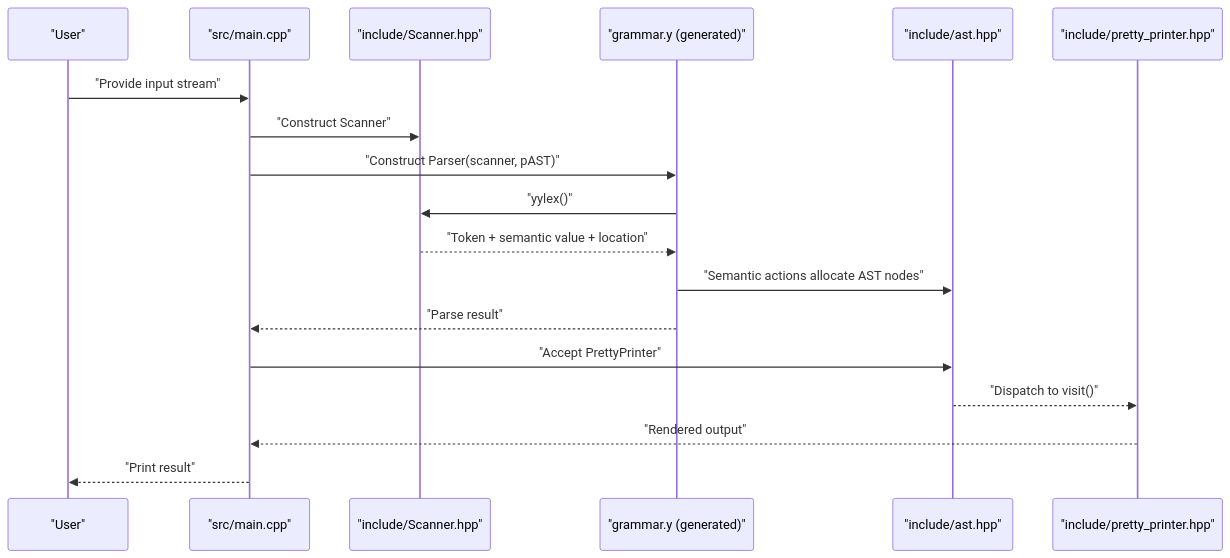
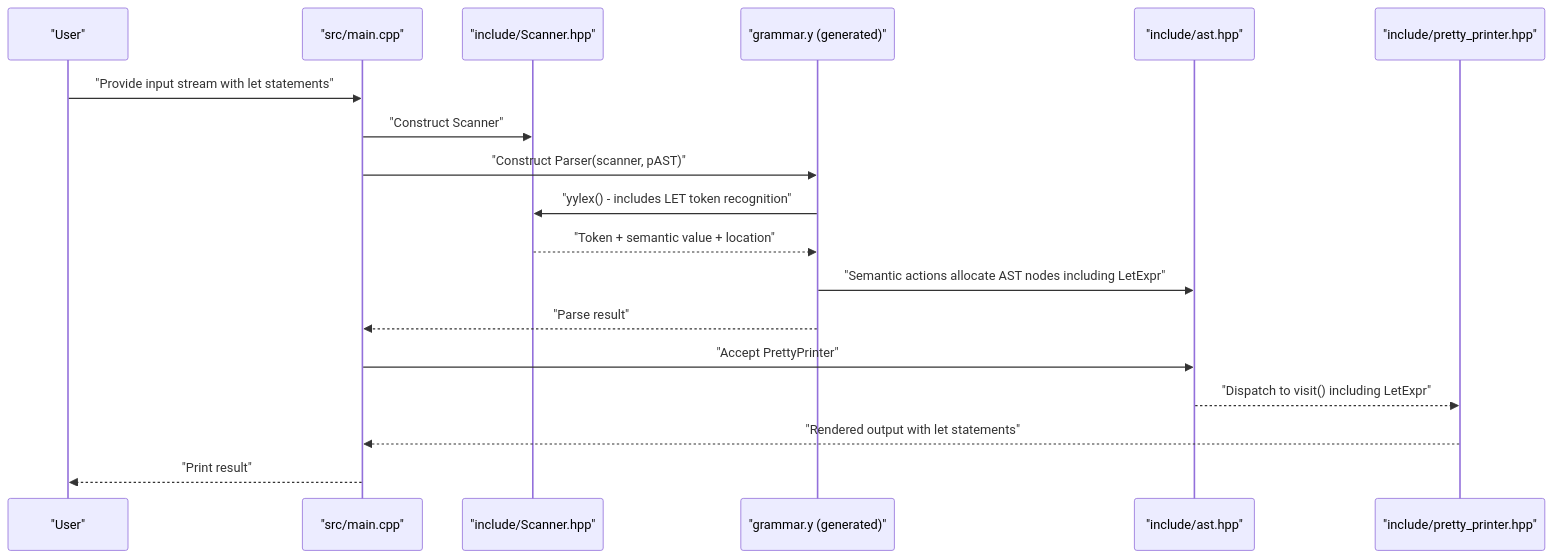
The second of 3 diagrams in .qoder/repowiki/en/content/Parser Implementation.md (littlebirds/modern_bision), drawn with Mermaid before and after one commit. The commit also changed other lines of this file and 7 other files, not shown here.

````diff
--- a/.qoder/repowiki/en/content/Parser Implementation.md
+++ b/.qoder/repowiki/en/content/Parser Implementation.md
@@ -141,20 +151,20 @@
 ```mermaid
 sequenceDiagram
 participant User as "User"
 participant Main as "src/main.cpp"
 participant Scanner as "include/Scanner.hpp"
 participant Parser as "grammar.y (generated)"
 participant AST as "include/ast.hpp"
 participant Printer as "include/pretty_printer.hpp"
-User->>Main : "Provide input stream"
+User->>Main : "Provide input stream with let statements"
 Main->>Scanner : "Construct Scanner"
 Main->>Parser : "Construct Parser(scanner, pAST)"
-Parser->>Scanner : "yylex()"
+Parser->>Scanner : "yylex() - includes LET token recognition"
 Scanner-->>Parser : "Token + semantic value + location"
-Parser->>AST : "Semantic actions allocate AST nodes"
+Parser->>AST : "Semantic actions allocate AST nodes including LetExpr"
 Parser-->>Main : "Parse result"
 Main->>AST : "Accept PrettyPrinter"
-AST-->>Printer : "Dispatch to visit()"
-Printer-->>Main : "Rendered output"
+AST-->>Printer : "Dispatch to visit() including LetExpr"
+Printer-->>Main : "Rendered output with let statements"
 Main-->>User : "Print result"
 ```
````
